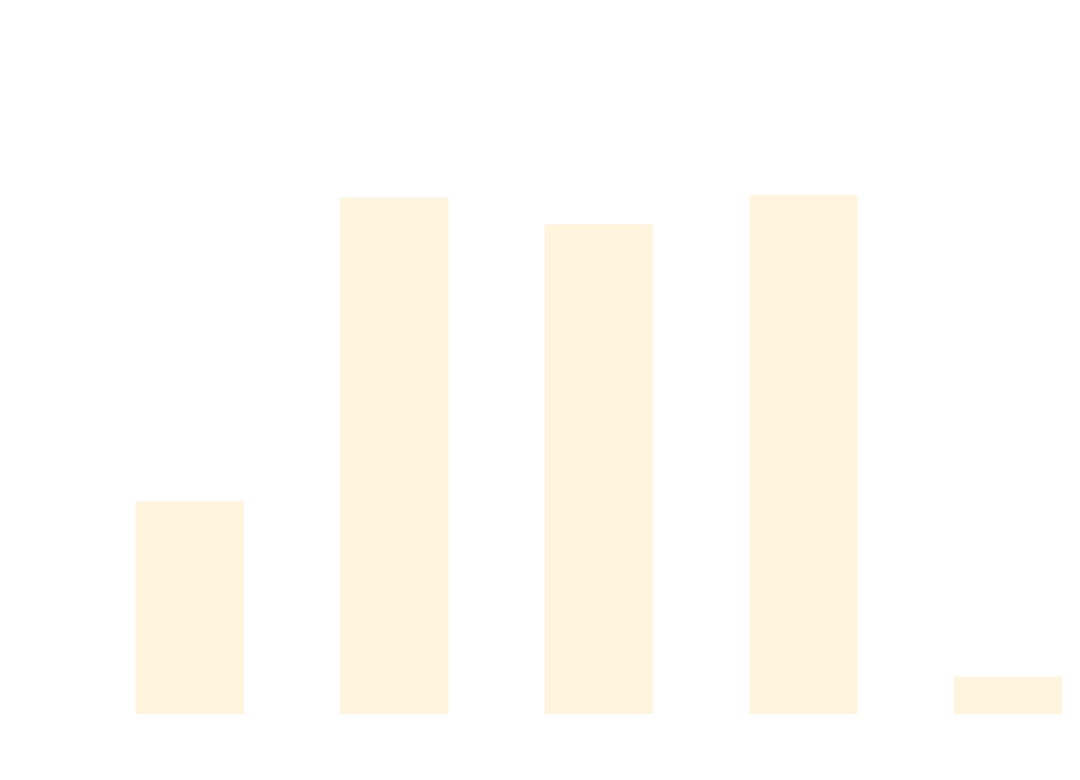
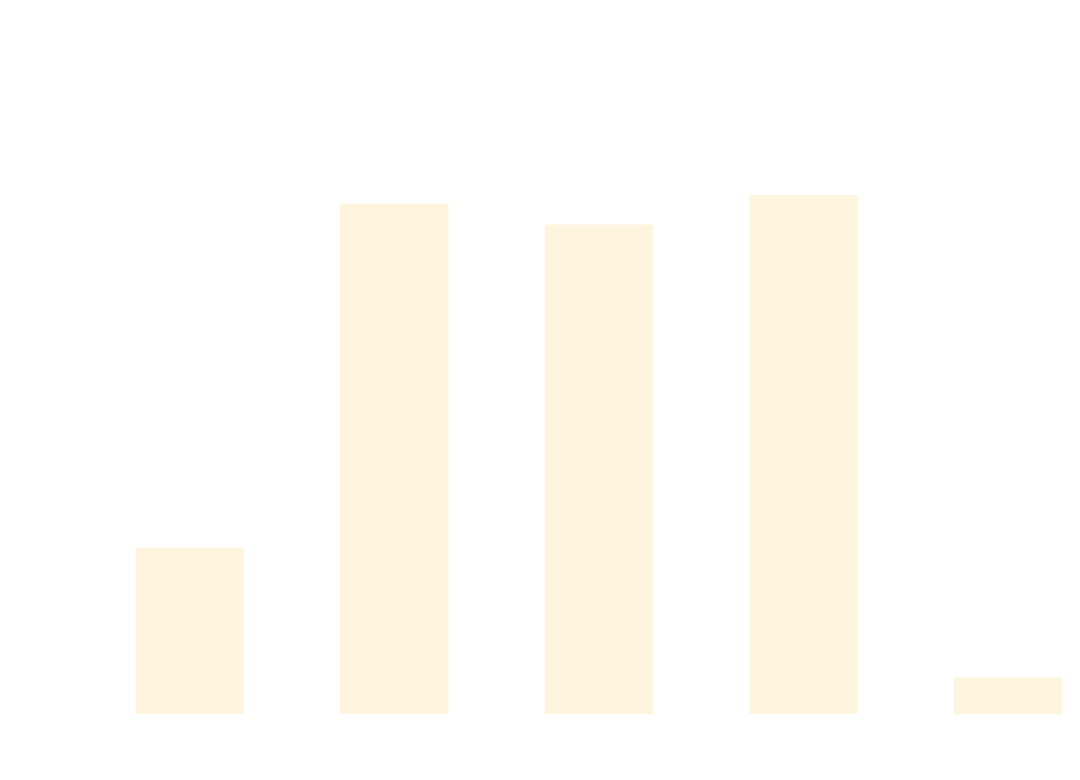
Before and after one commit to thomhurst/TUnit: the diagram in docs/docs/benchmarks/MatrixTests.md, drawn with Mermaid. The commit also changed other lines of this file and 16 other files, not shown here.

````diff
--- a/docs/docs/benchmarks/MatrixTests.md
+++ b/docs/docs/benchmarks/MatrixTests.md
@@ -27,37 +27,37 @@
 ```mermaid
 %%{init: {
   'theme':'base',
   'themeVariables': {
     'primaryColor': '#2563eb',
     'primaryTextColor': '#ffffff',
     'primaryBorderColor': '#1e40af',
     'lineColor': '#6b7280',
     'secondaryColor': '#7c3aed',
     'tertiaryColor': '#dc2626',
     'background': '#ffffff',
     'mainBkg': '#2563eb',
     'secondBkg': '#7c3aed',
     'tertiaryBkg': '#dc2626',
     'clusterBkg': '#f3f4f6',
     'edgeLabelBackground': '#ffffff',
     'tertiaryTextColor': '#1f2937',
     'pie1': '#2563eb',
     'pie2': '#7c3aed',
     'pie3': '#dc2626',
     'pie4': '#f59e0b',
     'pie5': '#10b981',
     'pie6': '#06b6d4',
     'pie7': '#ec4899',
     'pie8': '#6366f1',
     'pie9': '#84cc16',
     'pie10': '#f97316',
     'pie11': '#14b8a6',
     'pie12': '#a855f7'
   }
 }}%%
 xychart-beta
   title "MatrixTests Performance Comparison"
   x-axis ["TUnit", "NUnit", "MSTest", "xUnit3", "TUnit_AOT"]
-  y-axis "Time (ms)" 0 --> 1904
-  bar [627.14, 1578.67, 1494.79, 1586.18, 77.14]
+  y-axis "Time (ms)" 0 --> 1906
+  bar [481.44, 1561.54, 1495.65, 1587.89, 75.25]
 ```
````
